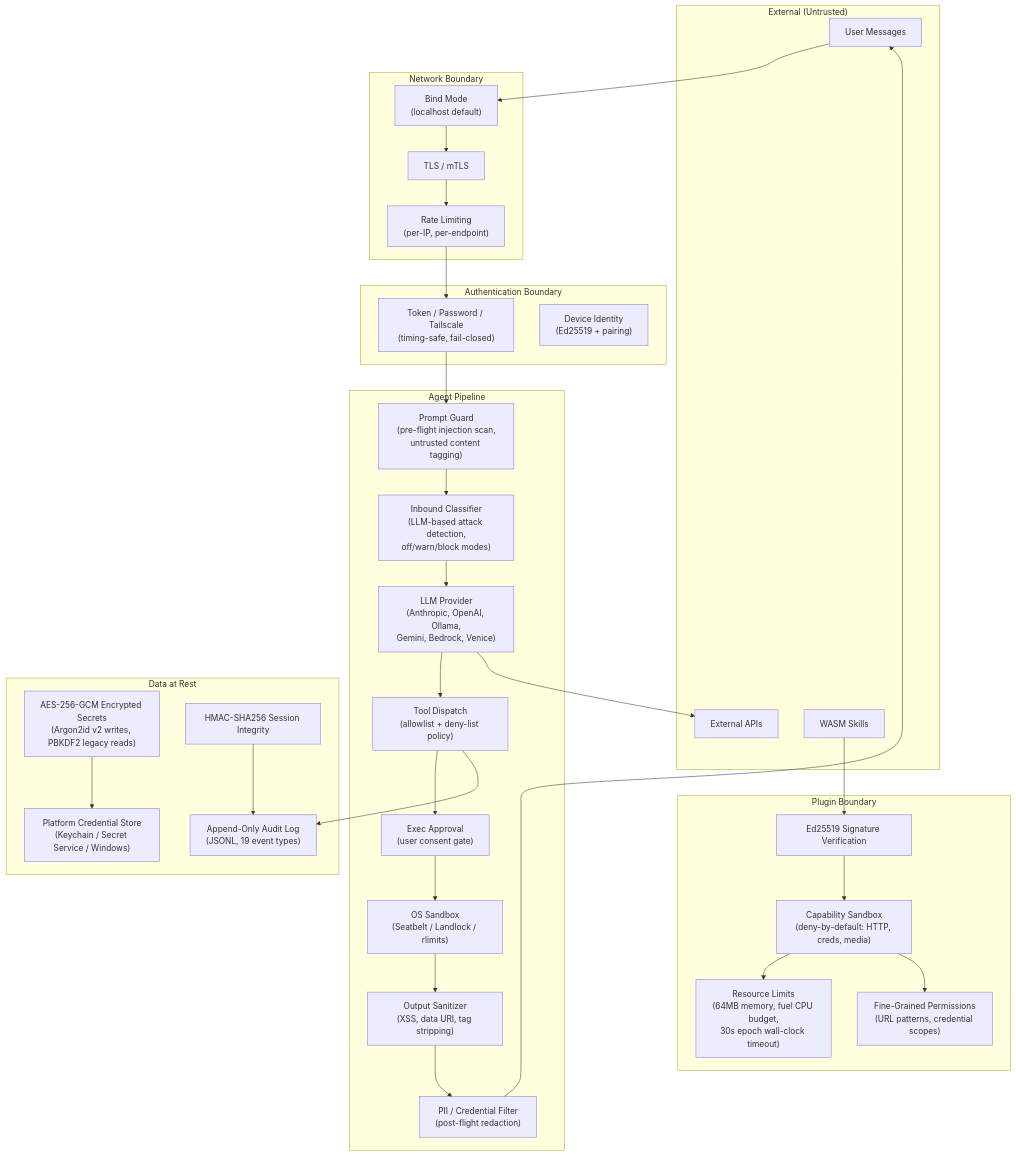
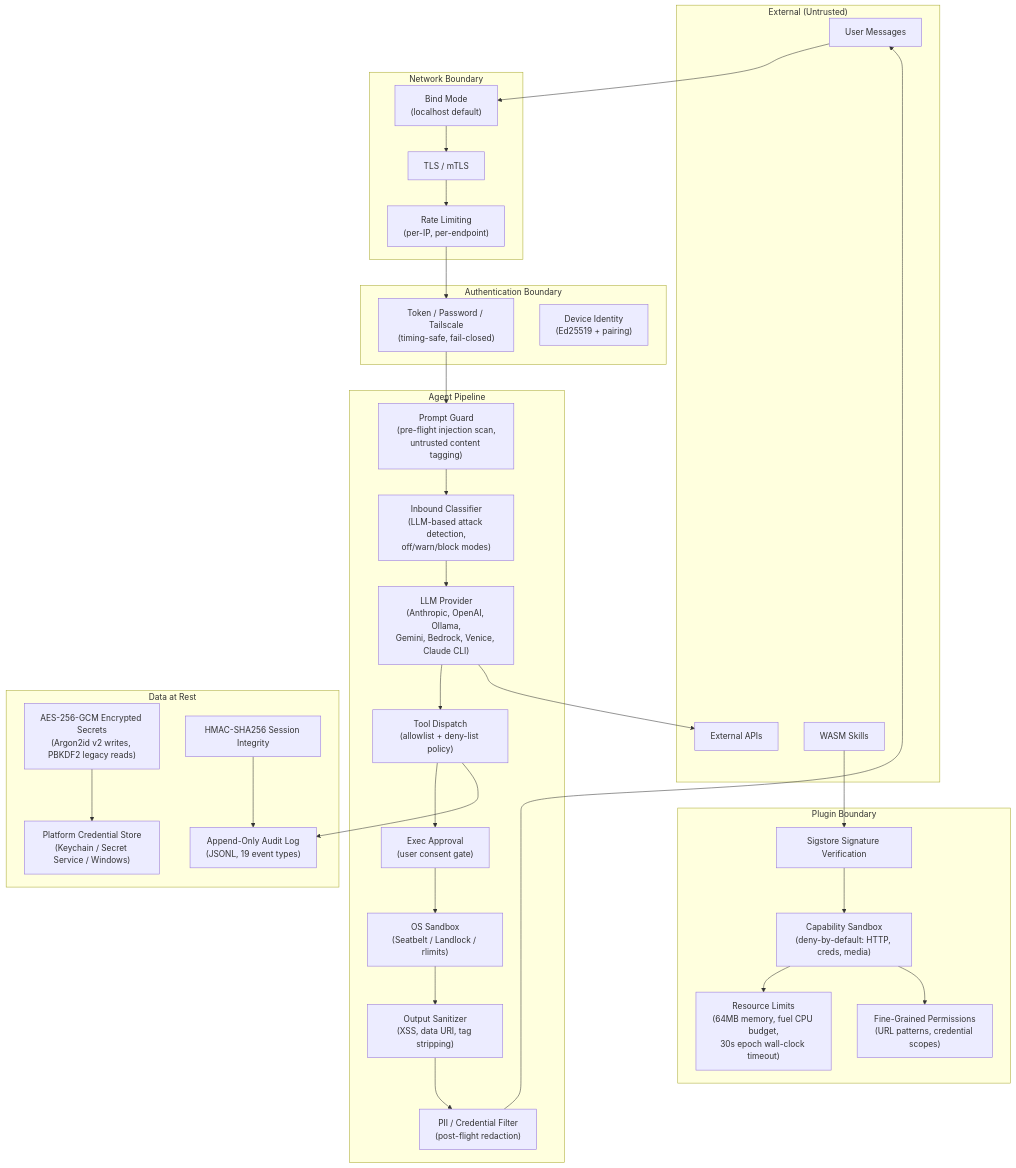
Before and after one commit to puremachinery/carapace: the diagram in docs/security.md, drawn with Mermaid. The commit also changed 22 other files, not shown here.

````diff
--- a/docs/security.md
+++ b/docs/security.md
@@ -40,59 +40,59 @@
 ```mermaid
 graph TB
     subgraph "External (Untrusted)"
         User[User Messages]
         ExtAPI[External APIs]
         Skills[WASM Skills]
     end
 
     subgraph "Network Boundary"
         Bind["Bind Mode<br/>(localhost default)"]
         TLS["TLS / mTLS"]
         RateLimit["Rate Limiting<br/>(per-IP, per-endpoint)"]
     end
 
     subgraph "Authentication Boundary"
         Auth["Token / Password / Tailscale<br/>(timing-safe, fail-closed)"]
         DeviceAuth["Device Identity<br/>(Ed25519 + pairing)"]
     end
 
     subgraph "Agent Pipeline"
         PromptGuard["Prompt Guard<br/>(pre-flight injection scan,<br/>untrusted content tagging)"]
         Classifier["Inbound Classifier<br/>(LLM-based attack detection,<br/>off/warn/block modes)"]
-        LLM["LLM Provider<br/>(Anthropic, OpenAI, Ollama,<br/>Gemini, Bedrock, Venice)"]
+        LLM["LLM Provider<br/>(Anthropic, OpenAI, Ollama,<br/>Gemini, Bedrock, Venice, Claude CLI)"]
         ToolDispatch["Tool Dispatch<br/>(allowlist + deny-list policy)"]
         ExecApproval["Exec Approval<br/>(user consent gate)"]
         Sandbox["OS Sandbox<br/>(Seatbelt / Landlock / rlimits)"]
         OutputCSP["Output Sanitizer<br/>(XSS, data URI, tag stripping)"]
         PIIFilter["PII / Credential Filter<br/>(post-flight redaction)"]
     end
 
     subgraph "Data at Rest"
         Secrets["AES-256-GCM Encrypted Secrets<br/>(Argon2id v2 writes, PBKDF2 legacy reads)"]
         Sessions["HMAC-SHA256 Session Integrity"]
         Audit["Append-Only Audit Log<br/>(JSONL, 19 event types)"]
         Keychain["Platform Credential Store<br/>(Keychain / Secret Service / Windows)"]
     end
 
     subgraph "Plugin Boundary"
-        PluginSig["Ed25519 Signature Verification"]
+        PluginSig["Sigstore Signature Verification"]
         PluginCaps["Capability Sandbox<br/>(deny-by-default: HTTP, creds, media)"]
         PluginRes["Resource Limits<br/>(64MB memory, fuel CPU budget,<br/>30s epoch wall-clock timeout)"]
         PluginPerms["Fine-Grained Permissions<br/>(URL patterns, credential scopes)"]
     end
 
     User --> Bind --> TLS --> RateLimit --> Auth
     Auth --> PromptGuard --> Classifier --> LLM
     LLM --> ToolDispatch --> ExecApproval --> Sandbox
     Sandbox --> OutputCSP --> PIIFilter
     PIIFilter --> User
 
     LLM --> ExtAPI
     ToolDispatch --> Audit
 
     Skills --> PluginSig --> PluginCaps --> PluginRes
     PluginCaps --> PluginPerms
 
     Secrets --> Keychain
     Sessions --> Audit
 ```
````
